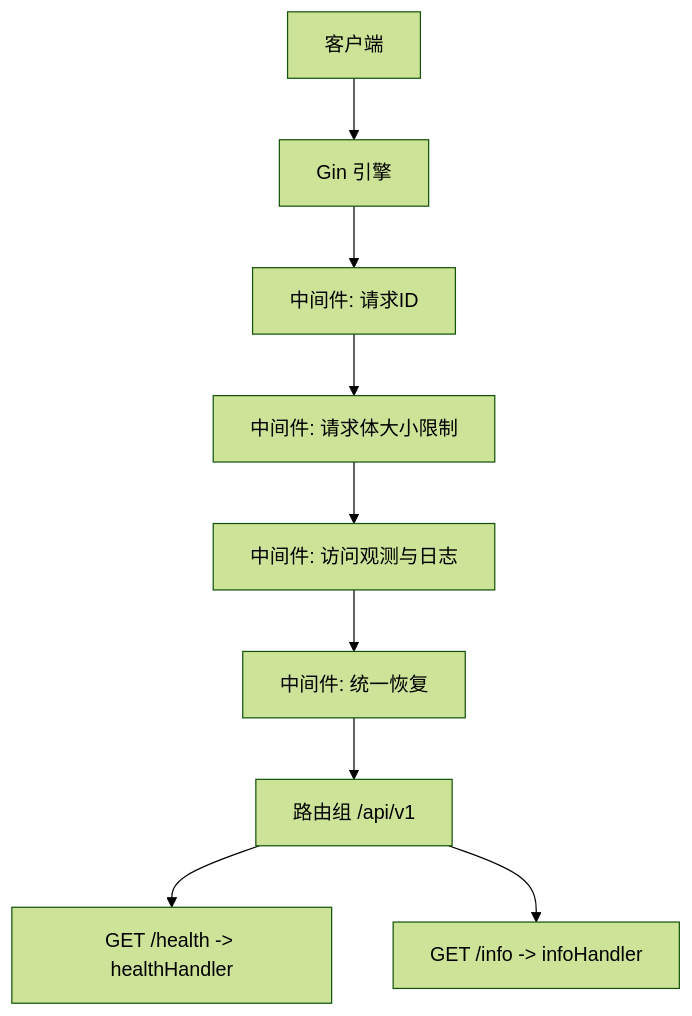
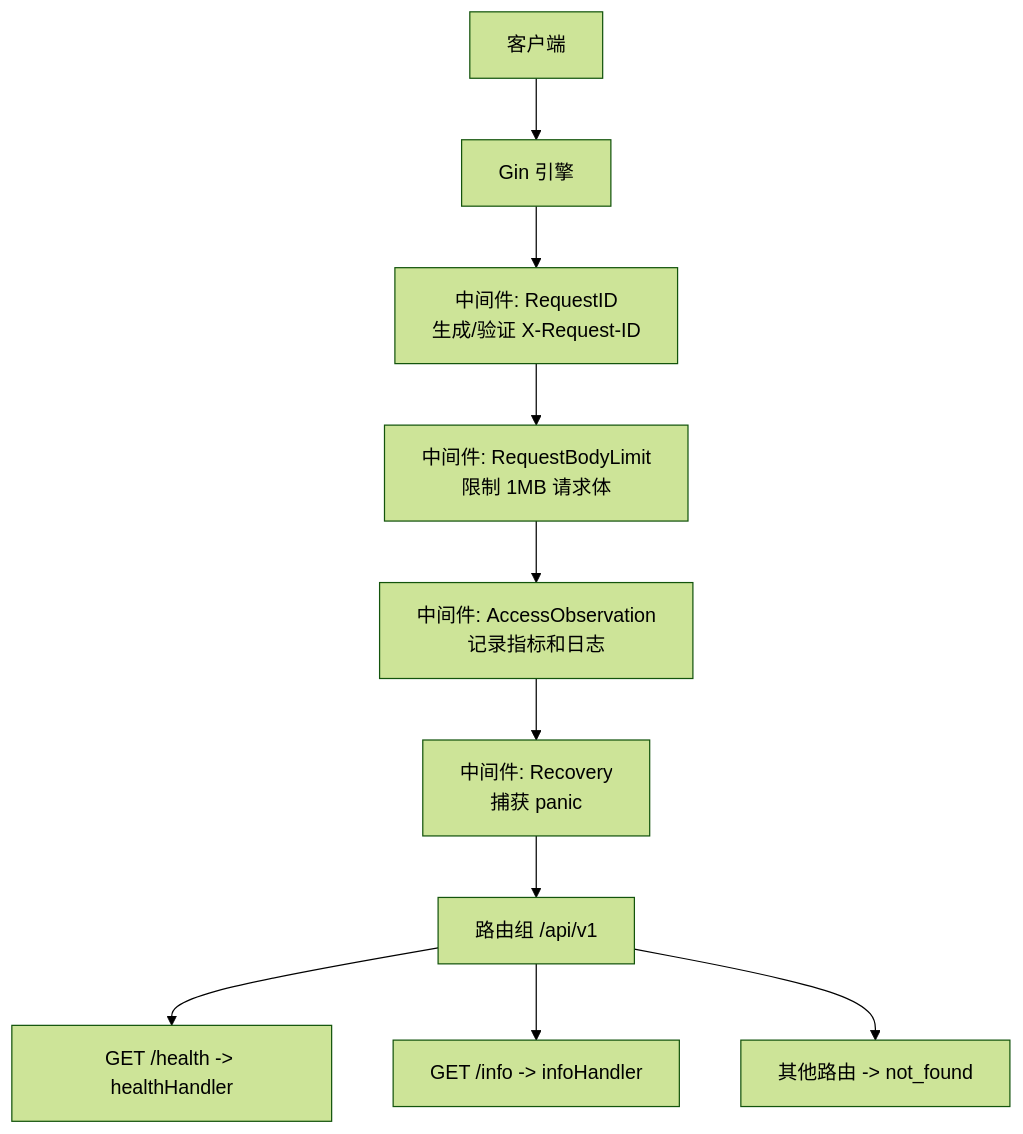
One commit to Karlsk/oryxos-go changed the first of 4 diagrams in .qoder/repowiki/zh/content/Web Service API.md. Above: the diagram before and after it, drawn with Mermaid (forest theme). The commit also changed other lines of this file and 50 other files, not shown here.

````diff
--- a/.qoder/repowiki/zh/content/Web Service API.md
+++ b/.qoder/repowiki/zh/content/Web Service API.md
@@ -42,11 +58,12 @@
 ```mermaid
 graph TB
 A["客户端"] --> B["Gin 引擎"]
-B --> C["中间件: 请求ID"]
-C --> D["中间件: 请求体大小限制"]
-D --> E["中间件: 访问观测与日志"]
-E --> F["中间件: 统一恢复"]
+B --> C["中间件: RequestID<br/>生成/验证 X-Request-ID"]
+C --> D["中间件: RequestBodyLimit<br/>限制 1MB 请求体"]
+D --> E["中间件: AccessObservation<br/>记录指标和日志"]
+E --> F["中间件: Recovery<br/>捕获 panic"]
 F --> G["路由组 /api/v1"]
 G --> H["GET /health -> healthHandler"]
 G --> I["GET /info -> infoHandler"]
+G --> J["其他路由 -> not_found"]
 ```
````
